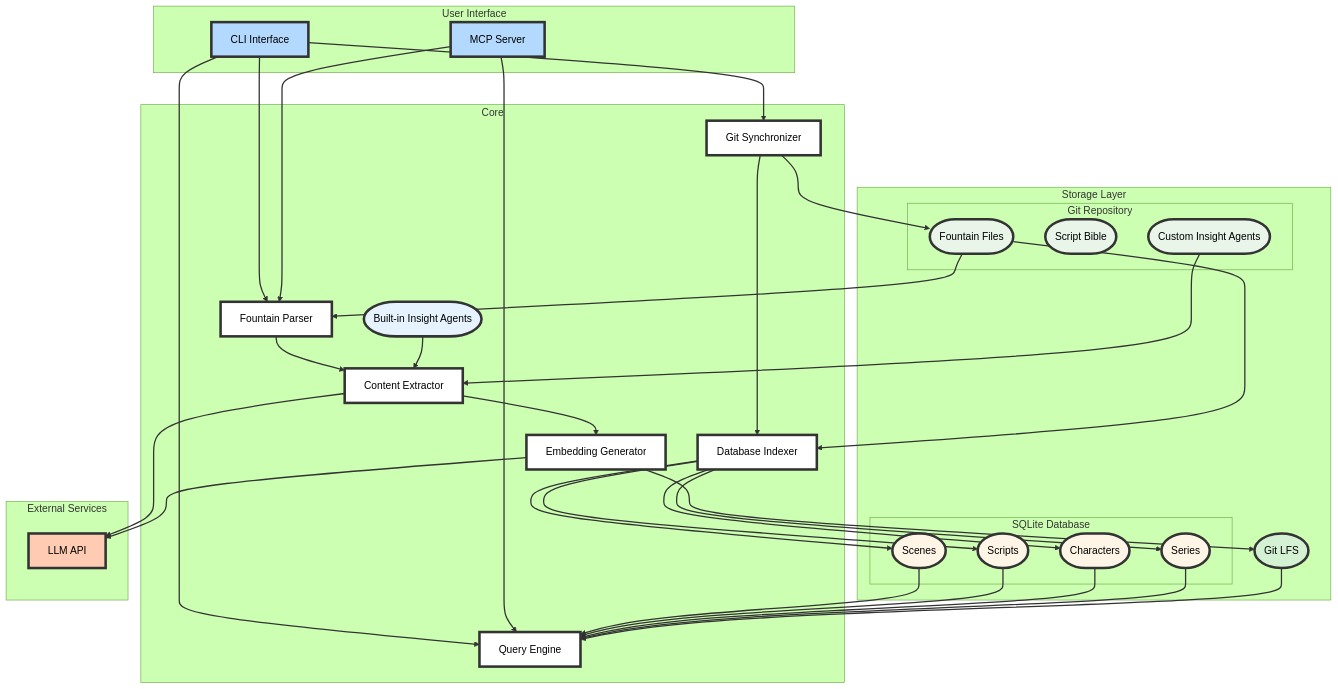
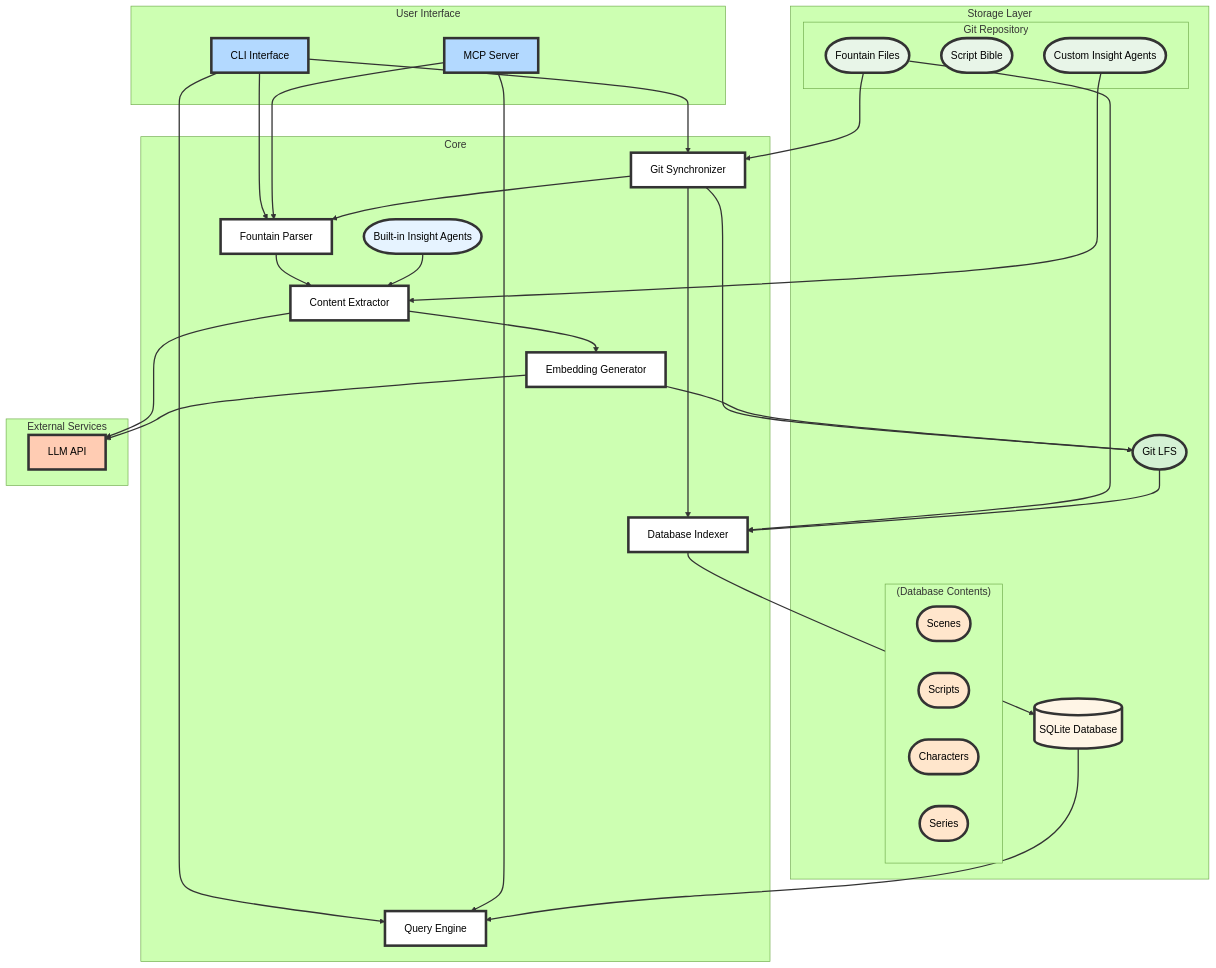
The first of 4 diagrams in ARCHITECTURE.md (trieloff/scriptrag), drawn with Mermaid (forest theme) before and after one commit.

Commit message:
docs(architecture): update architecture diagram for storage layer and styling
- Rename Git Repository subgraph to GR
- Add explicit SQLite Database node and group its contents
- Adjust connections between Fountain Files, Git LFS, Database, and Query Engine
- Update styling for database and its contents for clarity
- Refine edge connections to better represent data flow

```diff
--- a/ARCHITECTURE.md
+++ b/ARCHITECTURE.md
@@ -26,7 +26,7 @@
     end
 
     subgraph "Storage Layer"
-        subgraph "Git Repository"
+        subgraph GR["Git Repository"]
             FF(Fountain Files)
             SB(Script Bible)
             CIA(Custom Insight Agents)
@@ -34,7 +34,8 @@
 
         LFS(Git LFS)
 
-        subgraph "SQLite Database"
+        DB[(SQLite Database)]
+        subgraph DB_contents["(Database Contents)"]
             Scenes(Scenes)
             Scripts(Scripts)
             Characters(Characters)
@@ -52,7 +53,9 @@
     MCP --> FP
     MCP --> QE
 
-    FF --> FP
+    FF --> GS
+    GS --> FP
+    GS --> LFS
     FP --> CE
     CE --> LLM
     BIA --> CE
@@ -61,19 +64,12 @@
     EG --> LLM
     EG --> LFS
 
-    GS --> FF
     GS --> DI
-    DI --> Scenes
-    DI --> Scripts
-    DI --> Characters
-    DI --> Series
+    DI --> DB
     FF --> DI
+    LFS --> DI
 
-    Scenes --> QE
-    Scripts --> QE
-    Characters --> QE
-    Series --> QE
-    LFS --> QE
+    DB --> QE
 
     %% Actor styling (rectangular boxes)
     style CLI fill:#b3d9ff,stroke:#333,stroke-width:4px
@@ -89,13 +85,14 @@
     %% Place styling (pill-shaped with rounded corners)
     style BIA fill:#e6f3ff,stroke:#333,stroke-width:4px,rx:50,ry:50
     style LFS fill:#d4f1d4,stroke:#333,stroke-width:4px,rx:50,ry:50
+    style DB fill:#fff5e6,stroke:#333,stroke-width:4px,rx:50,ry:50
     style FF fill:#e8f5e8,stroke:#333,stroke-width:4px,rx:40,ry:40
     style SB fill:#e8f5e8,stroke:#333,stroke-width:4px,rx:40,ry:40
     style CIA fill:#e8f5e8,stroke:#333,stroke-width:4px,rx:40,ry:40
-    style Scenes fill:#fff5e6,stroke:#333,stroke-width:4px,rx:40,ry:40
-    style Scripts fill:#fff5e6,stroke:#333,stroke-width:4px,rx:40,ry:40
-    style Characters fill:#fff5e6,stroke:#333,stroke-width:4px,rx:40,ry:40
-    style Series fill:#fff5e6,stroke:#333,stroke-width:4px,rx:40,ry:40
+    style Scenes fill:#ffe6cc,stroke:#333,stroke-width:4px,rx:30,ry:30
+    style Scripts fill:#ffe6cc,stroke:#333,stroke-width:4px,rx:30,ry:30
+    style Characters fill:#ffe6cc,stroke:#333,stroke-width:4px,rx:30,ry:30
+    style Series fill:#ffe6cc,stroke:#333,stroke-width:4px,rx:30,ry:30
 
     %% Edge styling
     linkStyle default stroke:#333,stroke-width:2px
```
